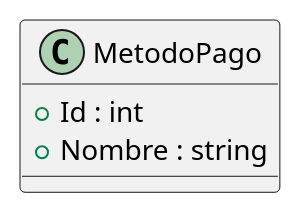
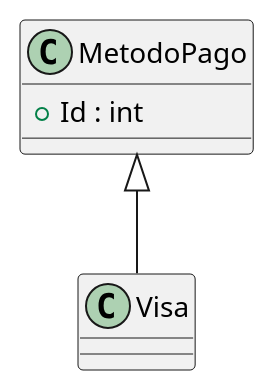
One commit to ISII2627JRJ/ISII2627JRJ changed the diagram in src/AppForSEII.API/ClassDiagram/MetodoPago.puml. Above: the diagram before and after it, drawn with PlantUML. The commit also changed 4 other files, not shown here.

Commit message:
creación de la clase Visa y su diagrama de clases y la modificación de la clase MetodoPago y su diagrama de clases para que Visa herede de MetodoPago.

```diff
--- a/src/AppForSEII.API/ClassDiagram/MetodoPago.puml
+++ b/src/AppForSEII.API/ClassDiagram/MetodoPago.puml
@@ -1,4 +1,4 @@
 class MetodoPago {
     + Id : int
-    + Nombre : string
 }
+MetodoPago <|-- Visa
```
